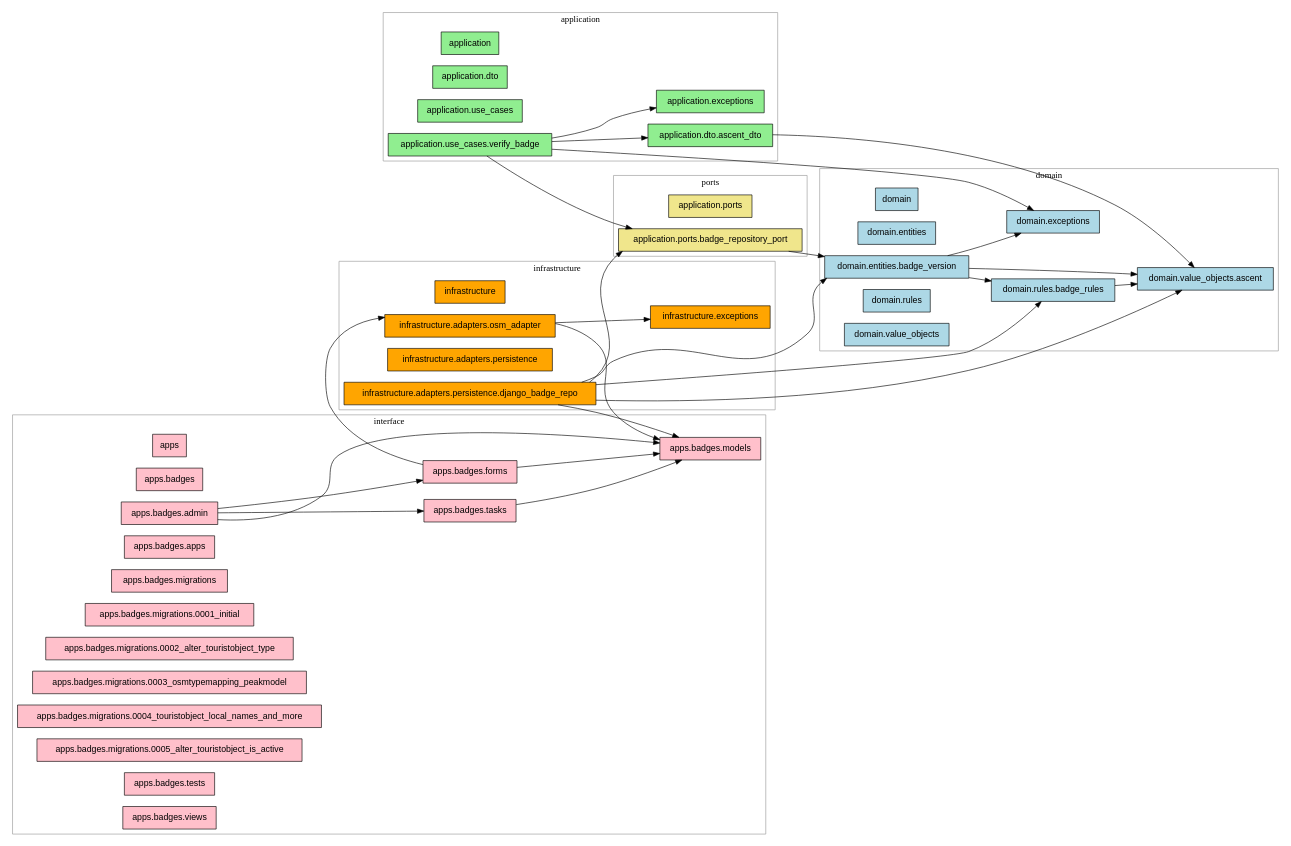
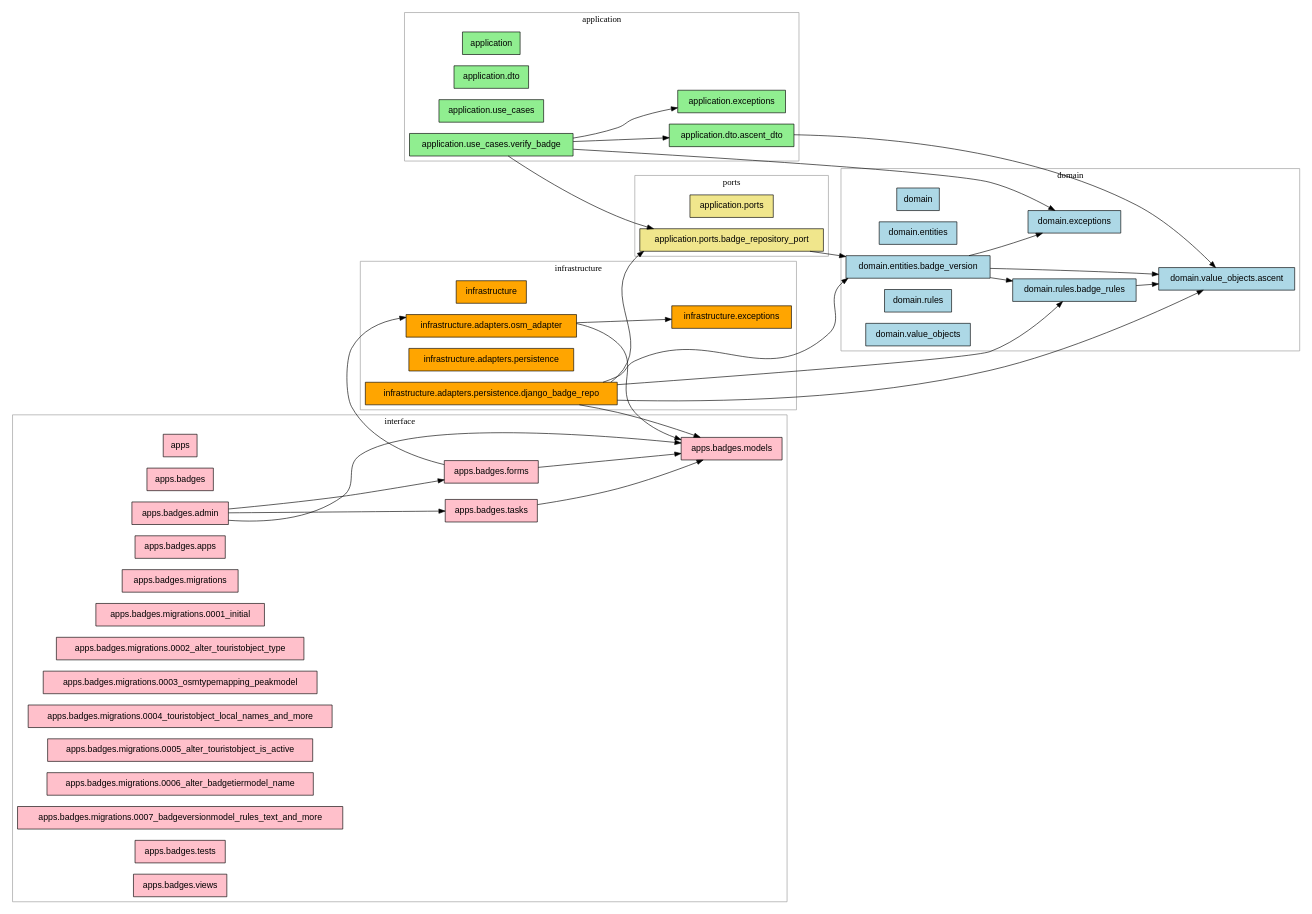
The diagram in dependencies.dot (Marek1Marecki/badges_system), drawn with Graphviz before and after one commit. The commit also changed 25 other files, not shown here.

```diff
--- a/dependencies.dot
+++ b/dependencies.dot
@@ -1,90 +1,92 @@
 digraph G {
   rankdir=LR;
   graph [splines=true, overlap=false];
   node [shape=box, style=filled, fontname=Helvetica];
 
   subgraph cluster_domain {
     label="domain";
     color=gray60;
     "domain" [fillcolor="lightblue"];
     "domain.entities" [fillcolor="lightblue"];
     "domain.entities.badge_version" [fillcolor="lightblue"];
     "domain.exceptions" [fillcolor="lightblue"];
     "domain.rules" [fillcolor="lightblue"];
     "domain.rules.badge_rules" [fillcolor="lightblue"];
     "domain.value_objects" [fillcolor="lightblue"];
     "domain.value_objects.ascent" [fillcolor="lightblue"];
   }
 
   subgraph cluster_application {
     label="application";
     color=gray60;
     "application" [fillcolor="lightgreen"];
     "application.dto" [fillcolor="lightgreen"];
     "application.dto.ascent_dto" [fillcolor="lightgreen"];
     "application.exceptions" [fillcolor="lightgreen"];
     "application.use_cases" [fillcolor="lightgreen"];
     "application.use_cases.verify_badge" [fillcolor="lightgreen"];
   }
 
   subgraph cluster_ports {
     label="ports";
     color=gray60;
     "application.ports" [fillcolor="khaki"];
     "application.ports.badge_repository_port" [fillcolor="khaki"];
   }
 
   subgraph cluster_infrastructure {
     label="infrastructure";
     color=gray60;
     "infrastructure" [fillcolor="orange"];
     "infrastructure.adapters.osm_adapter" [fillcolor="orange"];
     "infrastructure.adapters.persistence" [fillcolor="orange"];
     "infrastructure.adapters.persistence.django_badge_repo" [fillcolor="orange"];
     "infrastructure.exceptions" [fillcolor="orange"];
   }
 
   subgraph cluster_interface {
     label="interface";
     color=gray60;
     "apps" [fillcolor="pink"];
     "apps.badges" [fillcolor="pink"];
     "apps.badges.admin" [fillcolor="pink"];
     "apps.badges.apps" [fillcolor="pink"];
     "apps.badges.forms" [fillcolor="pink"];
     "apps.badges.migrations" [fillcolor="pink"];
     "apps.badges.migrations.0001_initial" [fillcolor="pink"];
     "apps.badges.migrations.0002_alter_touristobject_type" [fillcolor="pink"];
     "apps.badges.migrations.0003_osmtypemapping_peakmodel" [fillcolor="pink"];
     "apps.badges.migrations.0004_touristobject_local_names_and_more" [fillcolor="pink"];
     "apps.badges.migrations.0005_alter_touristobject_is_active" [fillcolor="pink"];
+    "apps.badges.migrations.0006_alter_badgetiermodel_name" [fillcolor="pink"];
+    "apps.badges.migrations.0007_badgeversionmodel_rules_text_and_more" [fillcolor="pink"];
     "apps.badges.models" [fillcolor="pink"];
     "apps.badges.tasks" [fillcolor="pink"];
     "apps.badges.tests" [fillcolor="pink"];
     "apps.badges.views" [fillcolor="pink"];
   }
 
   "application.dto.ascent_dto" -> "domain.value_objects.ascent";
   "application.ports.badge_repository_port" -> "domain.entities.badge_version";
   "application.use_cases.verify_badge" -> "application.dto.ascent_dto";
   "application.use_cases.verify_badge" -> "application.exceptions";
   "application.use_cases.verify_badge" -> "application.ports.badge_repository_port";
   "application.use_cases.verify_badge" -> "domain.exceptions";
   "apps.badges.admin" -> "apps.badges.forms";
   "apps.badges.admin" -> "apps.badges.models";
   "apps.badges.admin" -> "apps.badges.tasks";
   "apps.badges.forms" -> "apps.badges.models";
   "apps.badges.forms" -> "infrastructure.adapters.osm_adapter";
   "apps.badges.tasks" -> "apps.badges.models";
   "domain.entities.badge_version" -> "domain.exceptions";
   "domain.entities.badge_version" -> "domain.rules.badge_rules";
   "domain.entities.badge_version" -> "domain.value_objects.ascent";
   "domain.rules.badge_rules" -> "domain.value_objects.ascent";
   "infrastructure.adapters.osm_adapter" -> "apps.badges.models";
   "infrastructure.adapters.osm_adapter" -> "infrastructure.exceptions";
   "infrastructure.adapters.persistence.django_badge_repo" -> "application.ports.badge_repository_port";
   "infrastructure.adapters.persistence.django_badge_repo" -> "apps.badges.models";
   "infrastructure.adapters.persistence.django_badge_repo" -> "domain.entities.badge_version";
   "infrastructure.adapters.persistence.django_badge_repo" -> "domain.rules.badge_rules";
   "infrastructure.adapters.persistence.django_badge_repo" -> "domain.value_objects.ascent";
 }
```
